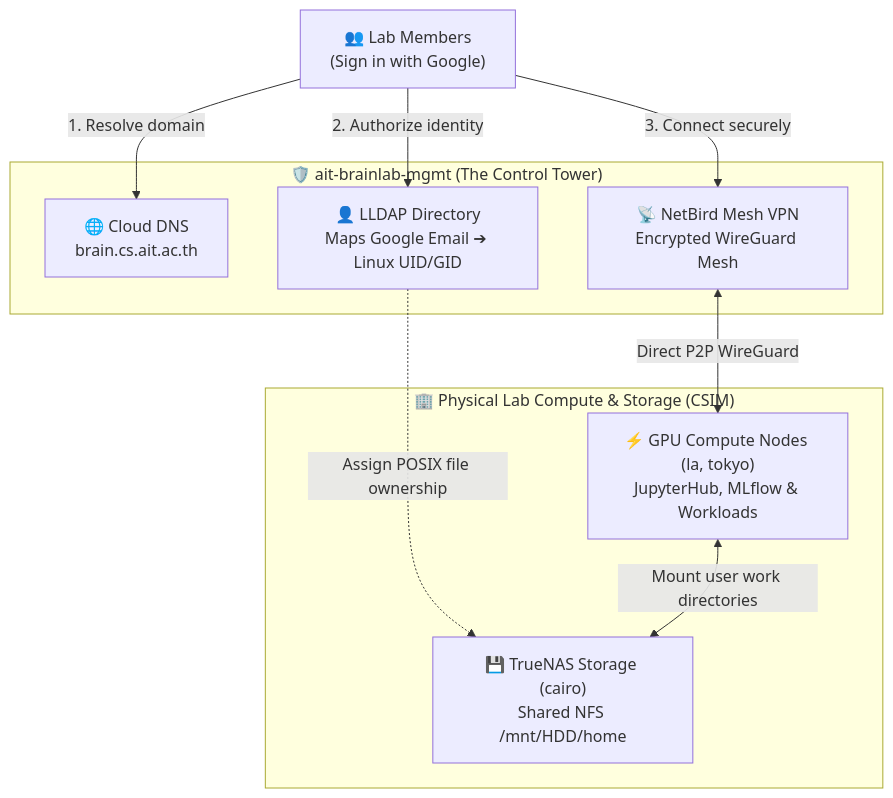
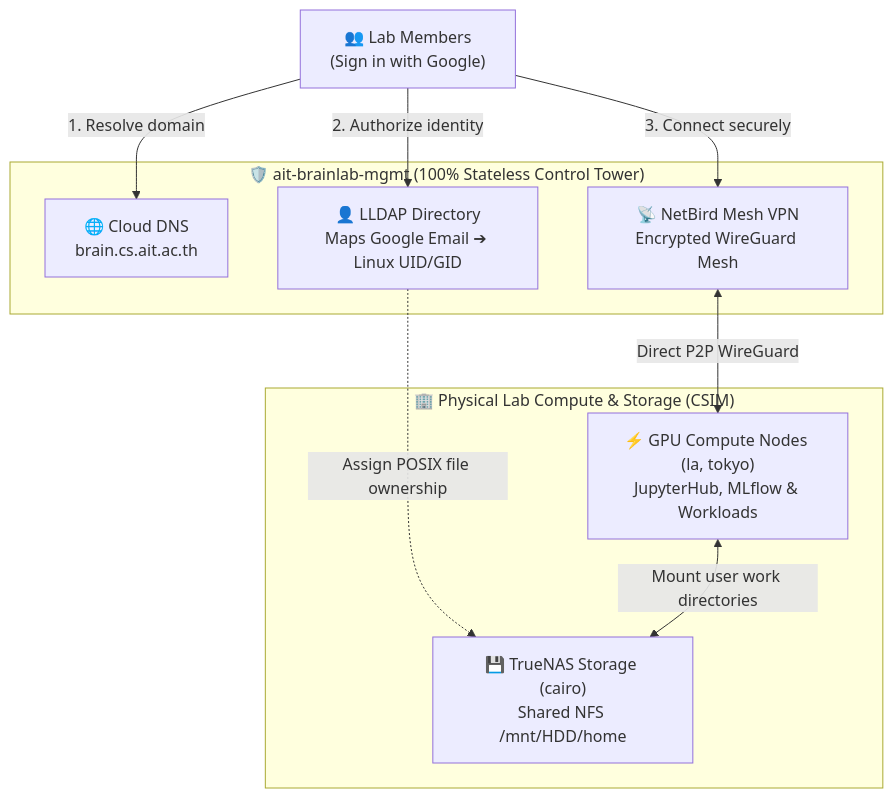
One commit to AIT-brainlab/brainlab-base changed the diagram in mgmt/README.md. Above: the diagram before and after it, drawn with Mermaid. The commit also changed other lines of this file and 14 other files, not shown here.

Commit message:
Refactor management documentation: Update architecture details, enhance module descriptions, and clarify deployment sequences for a 100% Stateless GitOps control plane.

````diff
--- a/mgmt/README.md
+++ b/mgmt/README.md
@@ -16,23 +16,23 @@
 ```mermaid
 flowchart TD
     User["👥 Lab Members<br/>(Sign in with Google)"]
 
-    subgraph MGMT ["🛡️ ait-brainlab-mgmt (The Control Tower)"]
+    subgraph MGMT ["🛡️ ait-brainlab-mgmt (100% Stateless Control Tower)"]
         DNS["🌐 Cloud DNS<br/>brain.cs.ait.ac.th"]
         LLDAP["👤 LLDAP Directory<br/>Maps Google Email ➔ Linux UID/GID"]
         VPN["📡 NetBird Mesh VPN<br/>Encrypted WireGuard Mesh"]
     end
 
     subgraph LAB ["🏢 Physical Lab Compute & Storage (CSIM)"]
         Compute["⚡ GPU Compute Nodes (la, tokyo)<br/>JupyterHub, MLflow & Workloads"]
         Storage["💾 TrueNAS Storage (cairo)<br/>Shared NFS /mnt/HDD/home"]
     end
 
     User -->|1. Resolve domain| DNS
     User -->|2. Authorize identity| LLDAP
     User -->|3. Connect securely| VPN
     
     VPN <-->|Direct P2P WireGuard| Compute
     LLDAP -.->|Assign POSIX file ownership| Storage
     Compute <-->|Mount user work directories| Storage
 ```
````
